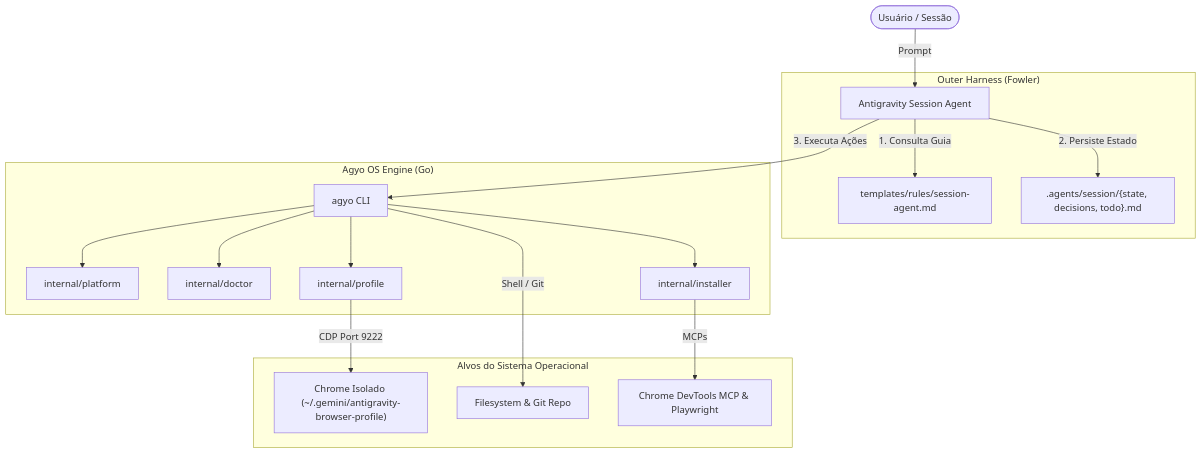
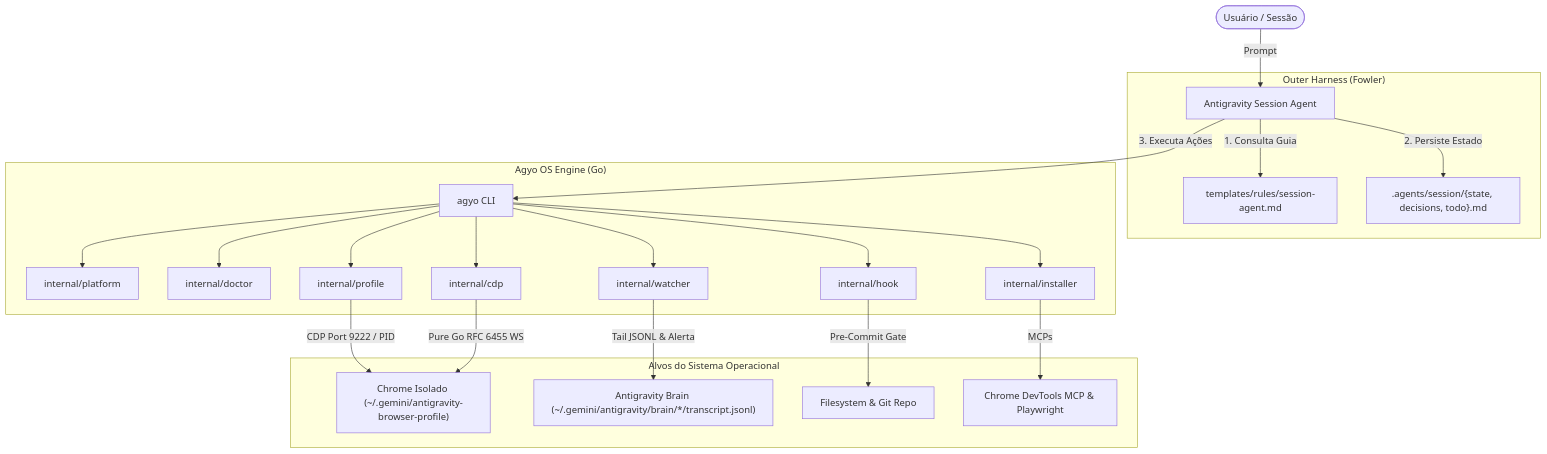
The diagram in docs/ARCHITECTURE.pt-BR.md (MrBeldum/antigravity-operator), drawn with Mermaid before and after one commit. The commit also changed other lines of this file and 5 other files, not shown here.

Commit message:
docs(all): synchronize READMEs, architecture, and cross-platform matrix with brain streaming and desktop notifications

````diff
--- a/docs/ARCHITECTURE.pt-BR.md
+++ b/docs/ARCHITECTURE.pt-BR.md
@@ -7,23 +7,28 @@
 ```mermaid
 graph TD
     User([Usuário / Sessão]) -->|Prompt| Agent[Antigravity Session Agent]
     
     subgraph Governance ["Outer Harness (Fowler)"]
         Agent -->|1. Consulta Guia| Rules[templates/rules/session-agent.md]
         Agent -->|2. Persiste Estado| Memory[".agents/session/{state, decisions, todo}.md"]
     end
 
     subgraph Runtime ["Agyo OS Engine (Go)"]
         Agent -->|3. Executa Ações| CLI[agyo CLI]
         CLI --> Platform[internal/platform]
         CLI --> Doctor[internal/doctor]
         CLI --> Profile[internal/profile]
         CLI --> Installer[internal/installer]
+        CLI --> CDP[internal/cdp]
+        CLI --> Hook[internal/hook]
+        CLI --> Watcher[internal/watcher]
     end
 
     subgraph OS_Targets ["Alvos do Sistema Operacional"]
-        Profile -->|CDP Port 9222| IsolatedChrome["Chrome Isolado (~/.gemini/antigravity-browser-profile)"]
-        CLI -->|Shell / Git| Filesystem["Filesystem & Git Repo"]
+        Profile -->|CDP Port 9222 / PID| IsolatedChrome["Chrome Isolado (~/.gemini/antigravity-browser-profile)"]
+        CDP -->|Pure Go RFC 6455 WS| IsolatedChrome
+        Watcher -->|Tail JSONL & Alerta| Brain["Antigravity Brain (~/.gemini/antigravity/brain/*/transcript.jsonl)"]
+        Hook -->|Pre-Commit Gate| Filesystem["Filesystem & Git Repo"]
         Installer -->|MCPs| DevToolsMCP["Chrome DevTools MCP & Playwright"]
     end
 ```
````
